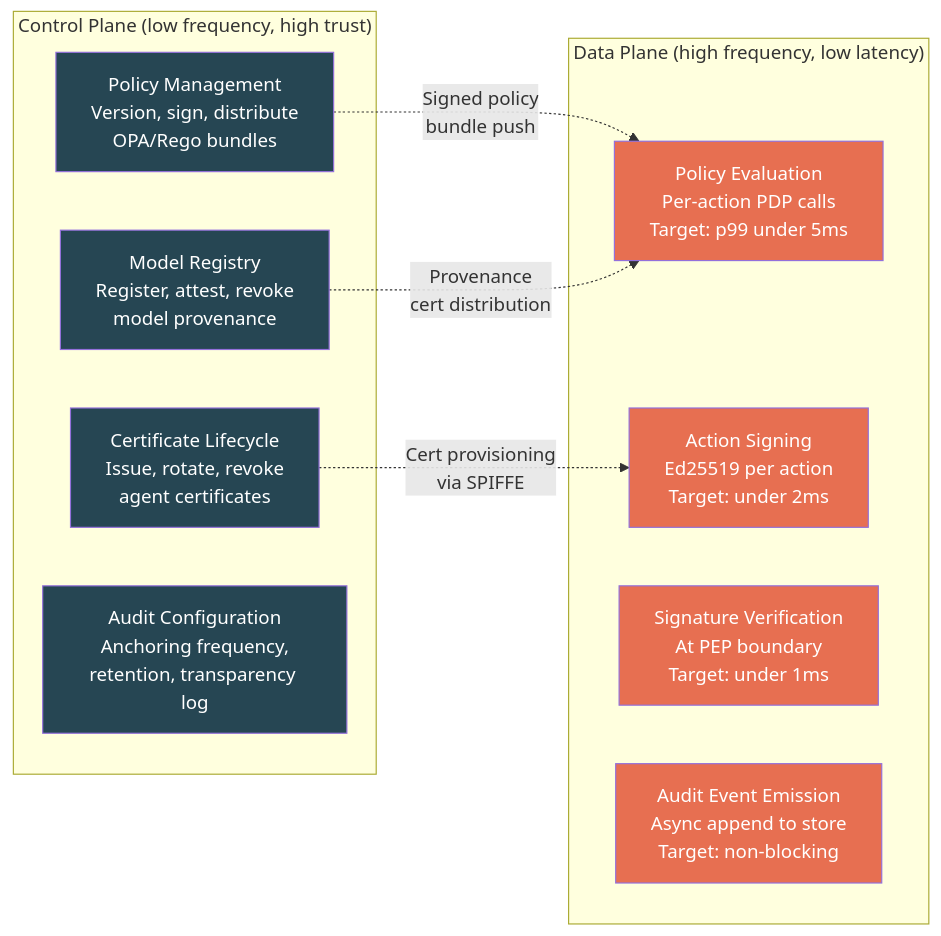
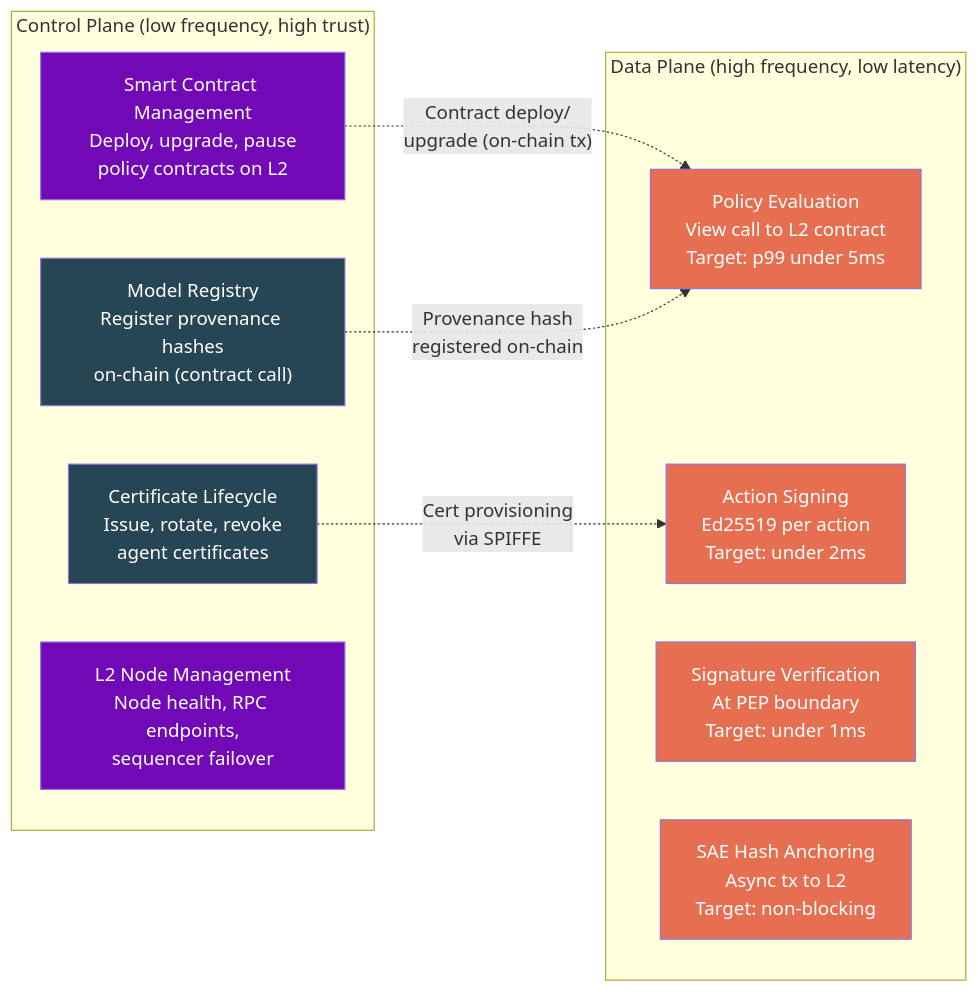
One commit to kjayashr/cryptographic-trust-layer changed the sixth of 13 diagrams in cryptographic-trust-layer-thesis.md. Above: the diagram before and after it, drawn with Mermaid. The commit also changed other lines of this file, not shown here.

First line of the commit message:
Rewrite architecture to smart contract-based enforcement on Ethereum L2

````diff
--- a/cryptographic-trust-layer-thesis.md
+++ b/cryptographic-trust-layer-thesis.md
@@ -250,29 +269,29 @@
 ```mermaid
 graph LR
     subgraph "Control Plane (low frequency, high trust)"
-        CP1["Policy Management<br/>Version, sign, distribute<br/>OPA/Rego bundles"]
+        CP1["Smart Contract Management<br/>Deploy, upgrade, pause<br/>policy contracts on L2"]
         CP2["Certificate Lifecycle<br/>Issue, rotate, revoke<br/>agent certificates"]
-        CP3["Model Registry<br/>Register, attest, revoke<br/>model provenance"]
-        CP4["Audit Configuration<br/>Anchoring frequency,<br/>retention, transparency log"]
+        CP3["Model Registry<br/>Register provenance hashes<br/>on-chain (contract call)"]
+        CP4["L2 Node Management<br/>Node health, RPC endpoints,<br/>sequencer failover"]
     end
 
     subgraph "Data Plane (high frequency, low latency)"
-        DP1["Policy Evaluation<br/>Per-action PDP calls<br/>Target: p99 under 5ms"]
+        DP1["Policy Evaluation<br/>View call to L2 contract<br/>Target: p99 under 5ms"]
         DP2["Action Signing<br/>Ed25519 per action<br/>Target: under 2ms"]
         DP3["Signature Verification<br/>At PEP boundary<br/>Target: under 1ms"]
-        DP4["Audit Event Emission<br/>Async append to store<br/>Target: non-blocking"]
+        DP4["SAE Hash Anchoring<br/>Async tx to L2<br/>Target: non-blocking"]
     end
 
-    CP1 -.->|"Signed policy<br/>bundle push"| DP1
+    CP1 -.->|"Contract deploy/<br/>upgrade (on-chain tx)"| DP1
     CP2 -.->|"Cert provisioning<br/>via SPIFFE"| DP2
-    CP3 -.->|"Provenance<br/>cert distribution"| DP1
+    CP3 -.->|"Provenance hash<br/>registered on-chain"| DP1
 
-    style CP1 fill:#264653,color:#fff
+    style CP1 fill:#7209b6,color:#fff
     style CP2 fill:#264653,color:#fff
     style CP3 fill:#264653,color:#fff
-    style CP4 fill:#264653,color:#fff
+    style CP4 fill:#7209b6,color:#fff
     style DP1 fill:#e76f51,color:#fff
     style DP2 fill:#e76f51,color:#fff
     style DP3 fill:#e76f51,color:#fff
     style DP4 fill:#e76f51,color:#fff
 ```
````
